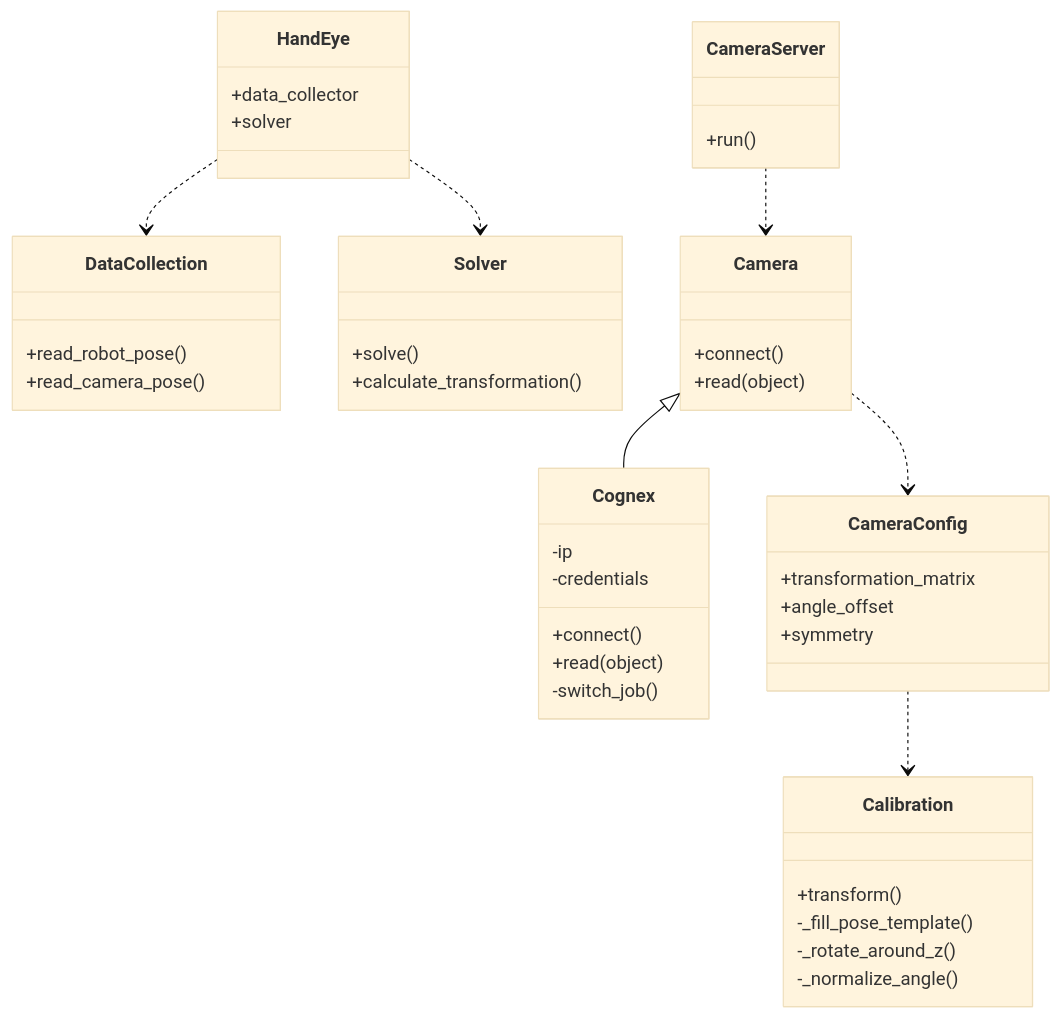
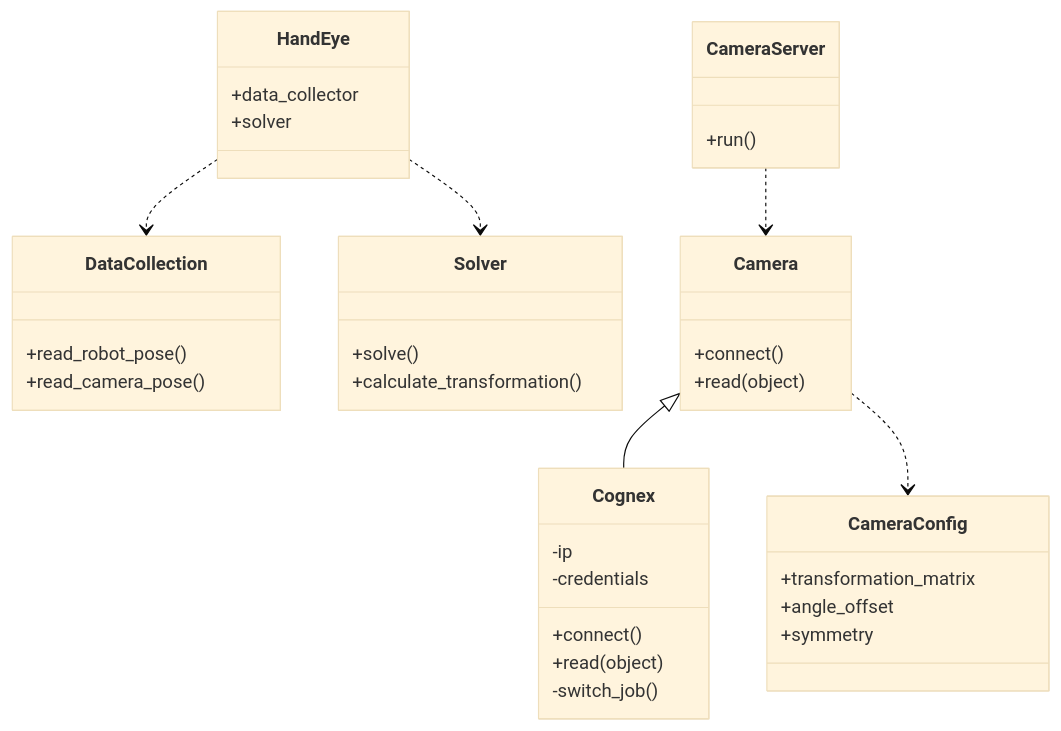
The diagram in misc/thesis/lfd_camera/class.mmd (snt-arg/lfd_interface), drawn with Mermaid (base theme) before and after one commit. The commit also changed 4 other files, not shown here.

```diff
--- a/misc/thesis/lfd_camera/class.mmd
+++ b/misc/thesis/lfd_camera/class.mmd
@@ -1,52 +1,52 @@
 classDiagram
     class HandEye {
         +data_collector
         +solver
     }
-    class Calibration {
-        +transform()
-        -_fill_pose_template()
-        -_rotate_around_z()
-        -_normalize_angle()
-    }
+    %% class Calibration {
+    %%     +transform()
+    %%     -_fill_pose_template()
+    %%     -_rotate_around_z()
+    %%     -_normalize_angle()
+    %% }
 
     class Cognex {
         -ip
         -credentials
         +connect()
         +read(object)
         -switch_job()
     }
     %% HandEye
     class DataCollection {
         +read_robot_pose()
         +read_camera_pose()
     }
 
     class Solver {
         +solve()
         +calculate_transformation()
     }
 
     class CameraServer {
         +run()
     }
 
     class CameraConfig {
         +transformation_matrix
         +angle_offset
         +symmetry
     }
 
     class Camera {
         +connect()
         +read(object)
     }
 
-    CameraConfig ..> Calibration
+    %% CameraConfig ..> Calibration
     HandEye ..> DataCollection
     HandEye ..> Solver
     Camera <|-- Cognex
     CameraServer ..> Camera
     Camera ..> CameraConfig
     %% Solver --> CameraConfig : updates
```
